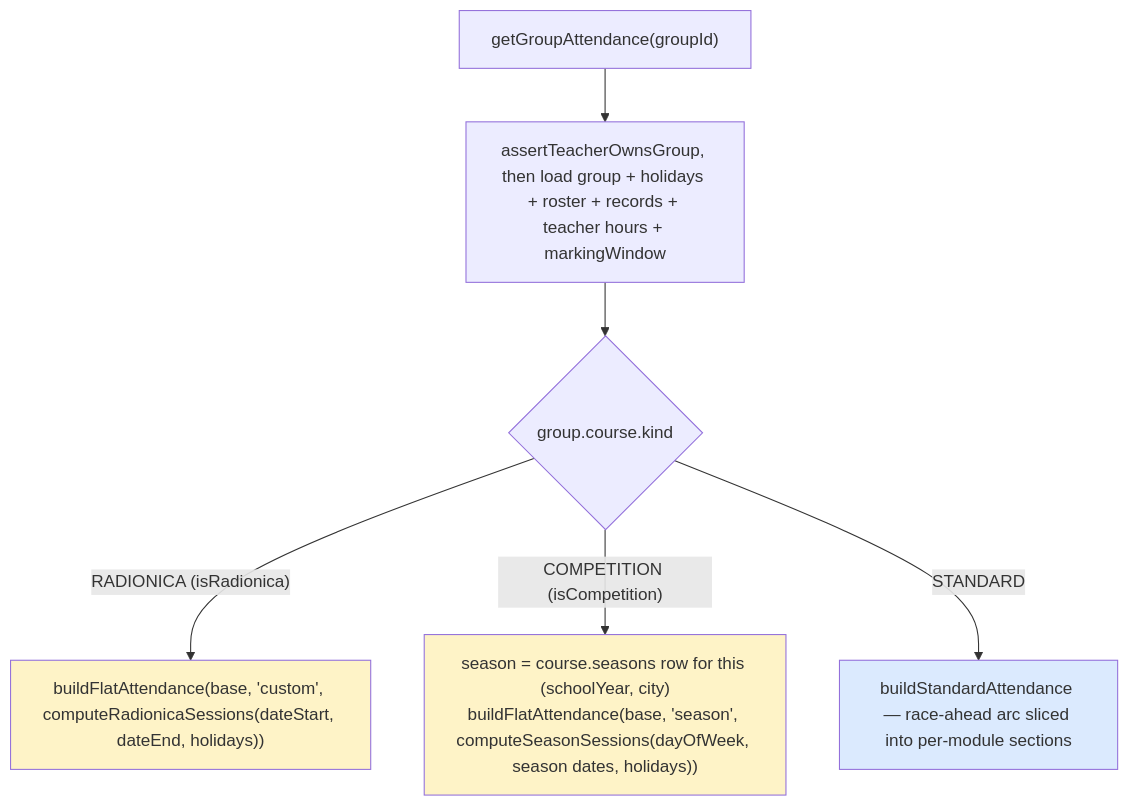
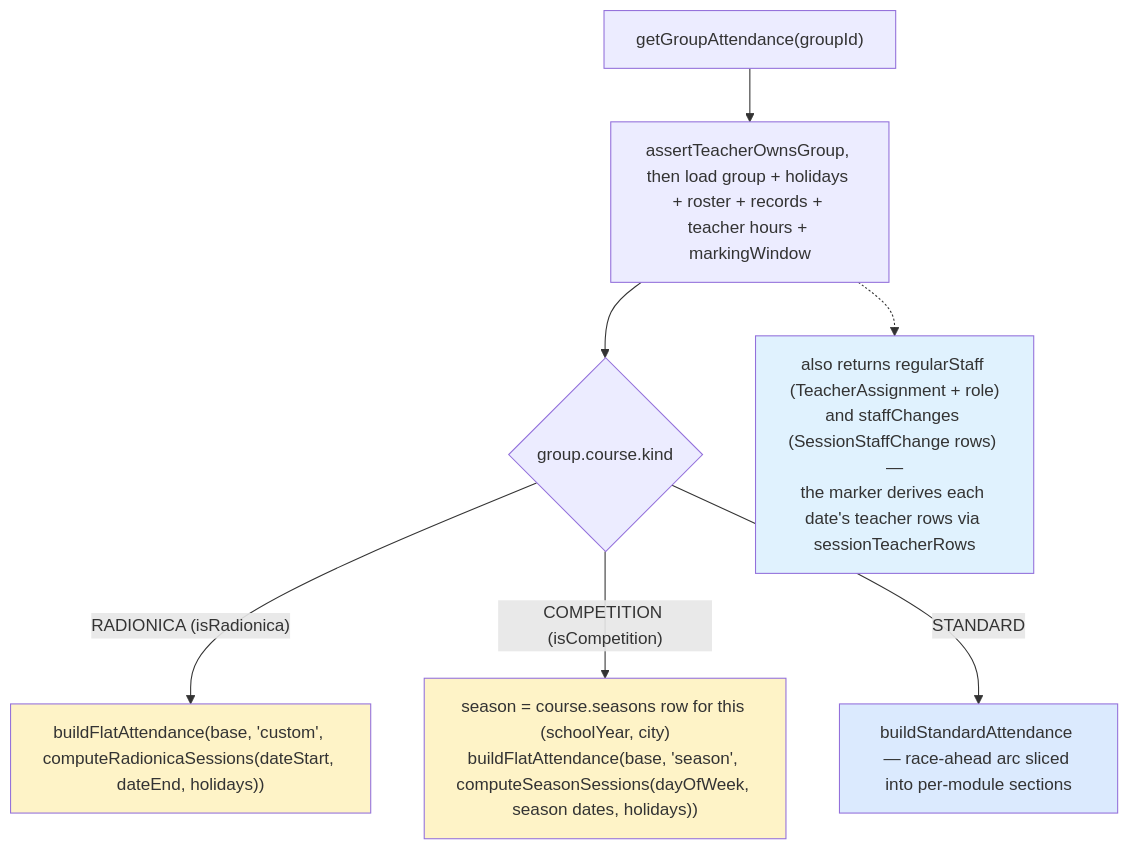
The fifth of 11 diagrams in docs/diagrams/attendance-flow.md (jpucic00/inovatic), drawn with Mermaid before and after one commit. The commit also changed other lines of this file and 19 other files, not shown here.

````diff
--- a/docs/diagrams/attendance-flow.md
+++ b/docs/diagrams/attendance-flow.md
@@ -113,12 +115,14 @@
 ```mermaid
 flowchart TD
     A["getGroupAttendance(groupId)"] --> B["assertTeacherOwnsGroup, then load group + holidays + roster + records + teacher hours + markingWindow"]
     B --> C{group.course.kind}
+    B -.-> STF["also returns regularStaff (TeacherAssignment + role)<br/>and staffChanges (SessionStaffChange rows) —<br/>the marker derives each date's teacher rows via sessionTeacherRows"]
     C -->|"RADIONICA (isRadionica)"| R["buildFlatAttendance(base, 'custom', computeRadionicaSessions(dateStart, dateEnd, holidays))"]
     C -->|"COMPETITION (isCompetition)"| S["season = course.seasons row for this (schoolYear, city)<br/>buildFlatAttendance(base, 'season', computeSeasonSessions(dayOfWeek, season dates, holidays))"]
     C -->|STANDARD| ST["buildStandardAttendance — race-ahead arc sliced into per-module sections"]
 
     style R fill:#fef3c7
     style S fill:#fef3c7
     style ST fill:#dbeafe
+    style STF fill:#e0f2fe
 ```
````
